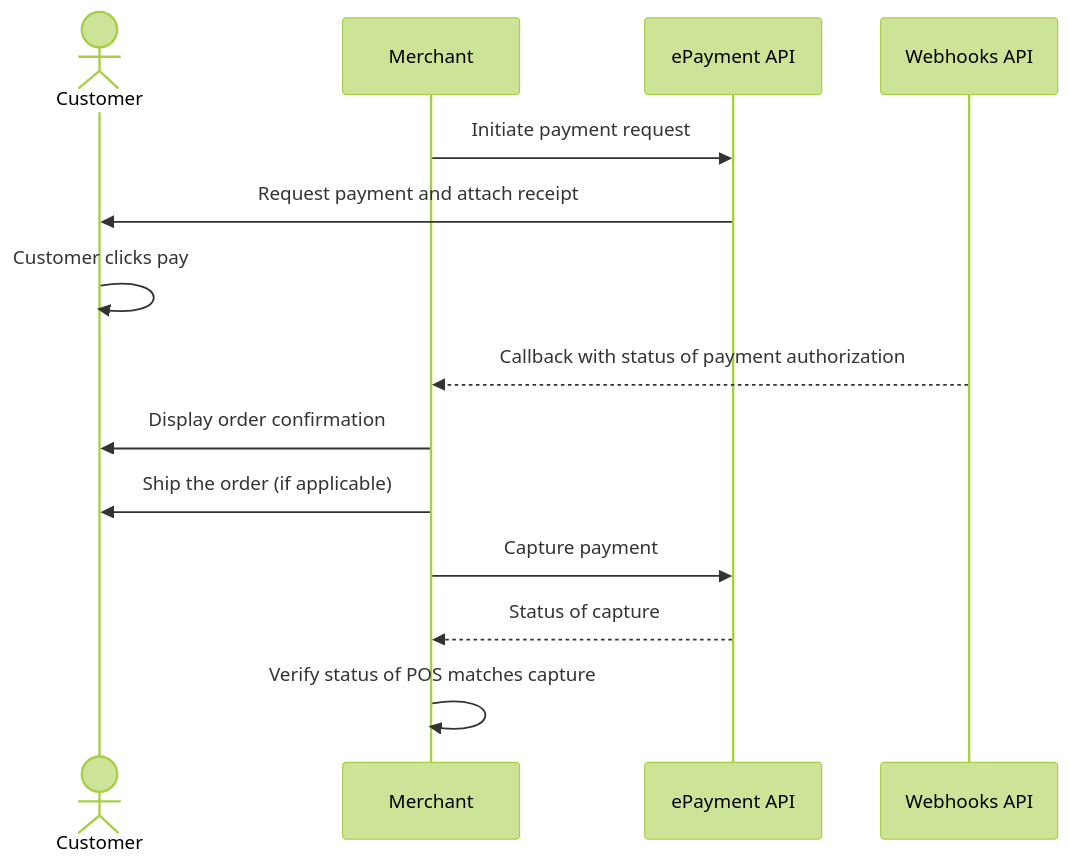
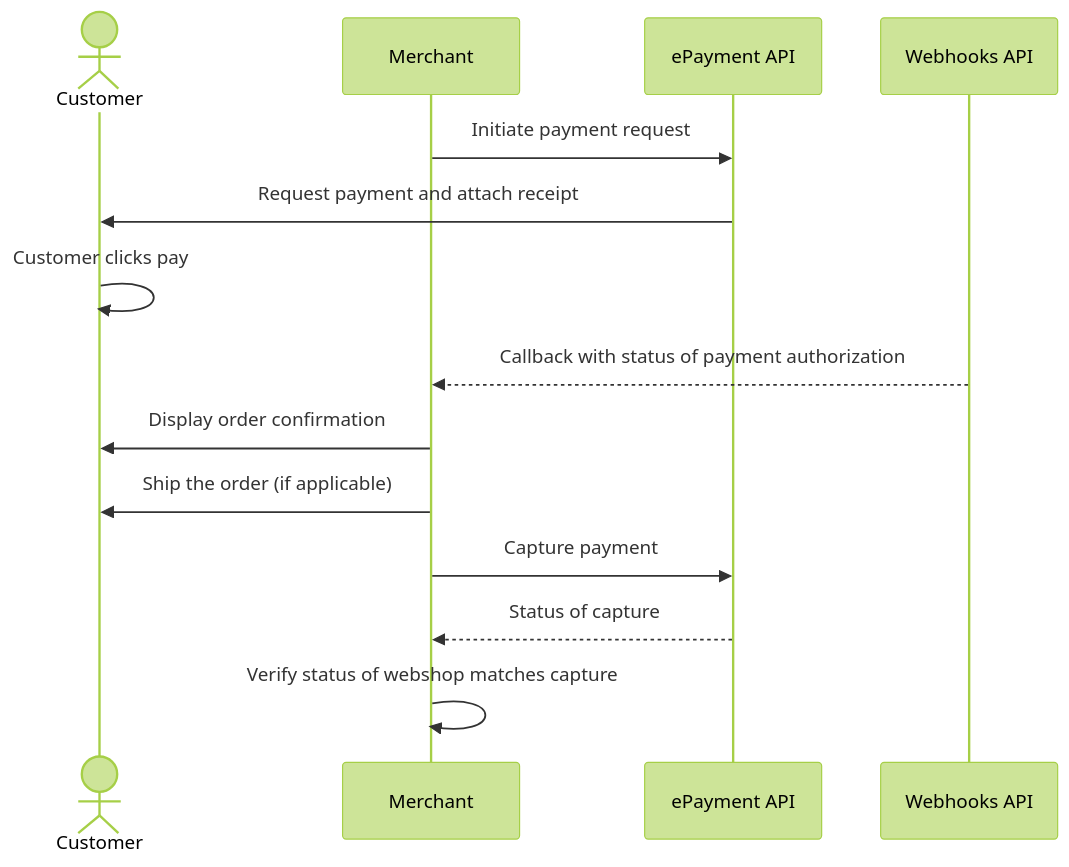
Before and after one commit to vippsas/vipps-solutions: the diagram in online/README.md, drawn with Mermaid (forest theme). The commit also changed other lines of this file, not shown here.

Commit message:
Update sequence and example

````diff
--- a/online/README.md
+++ b/online/README.md
@@ -147,17 +148,17 @@
 ``` mermaid
 sequenceDiagram
     actor C as Customer
     participant M as Merchant
     participant ePayment as ePayment API
     participant Webhooks as Webhooks API
 
     M->>ePayment: Initiate payment request
     ePayment->>C: Request payment and attach receipt
     C->>C: Customer clicks pay
     Webhooks-->>M: Callback with status of payment authorization
     M->>C: Display order confirmation
     M->>C: Ship the order (if applicable)
     M->>ePayment: Capture payment
     ePayment-->>M: Status of capture
-    M->>M: Verify status of POS matches capture
+    M->>M: Verify status of webshop matches capture
 ```
````
